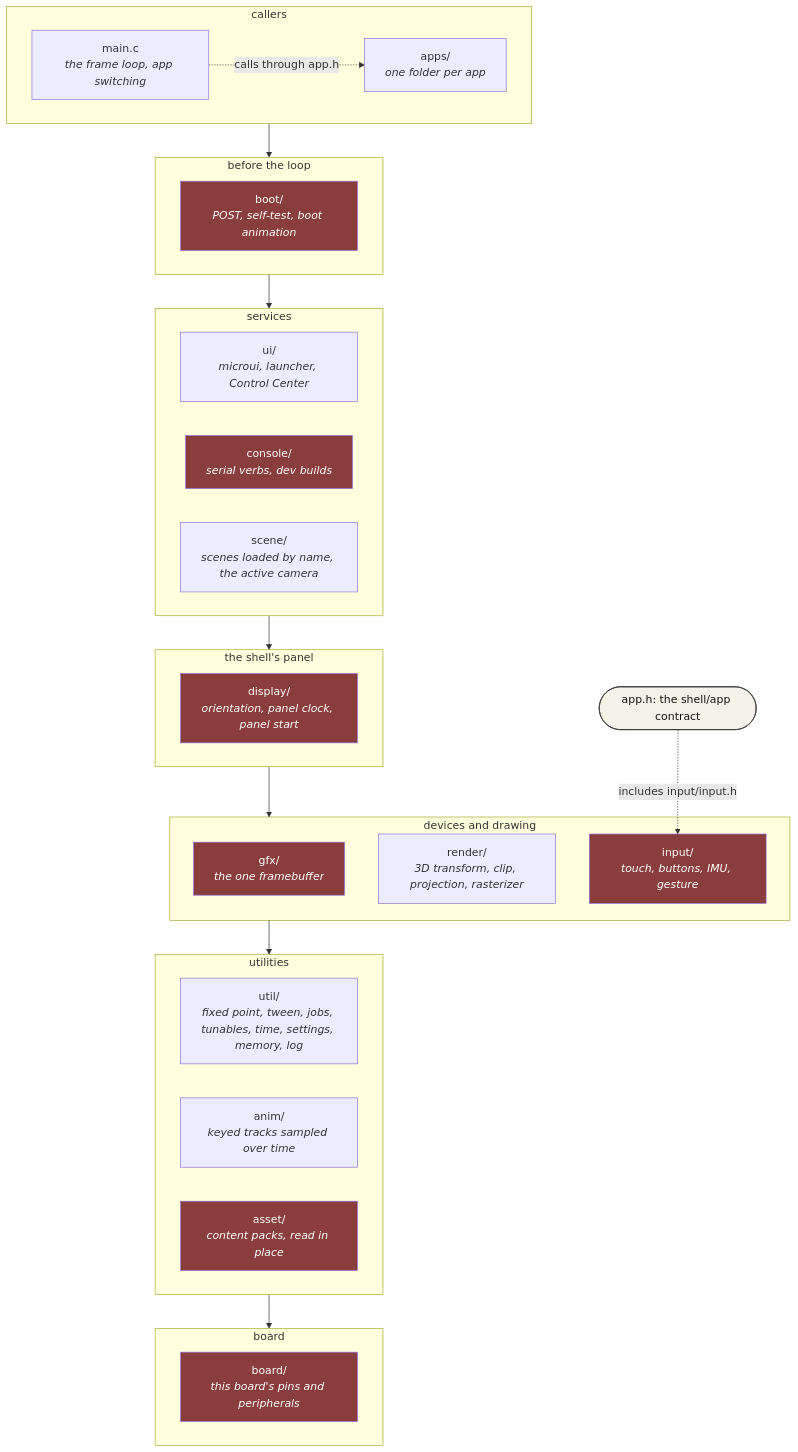
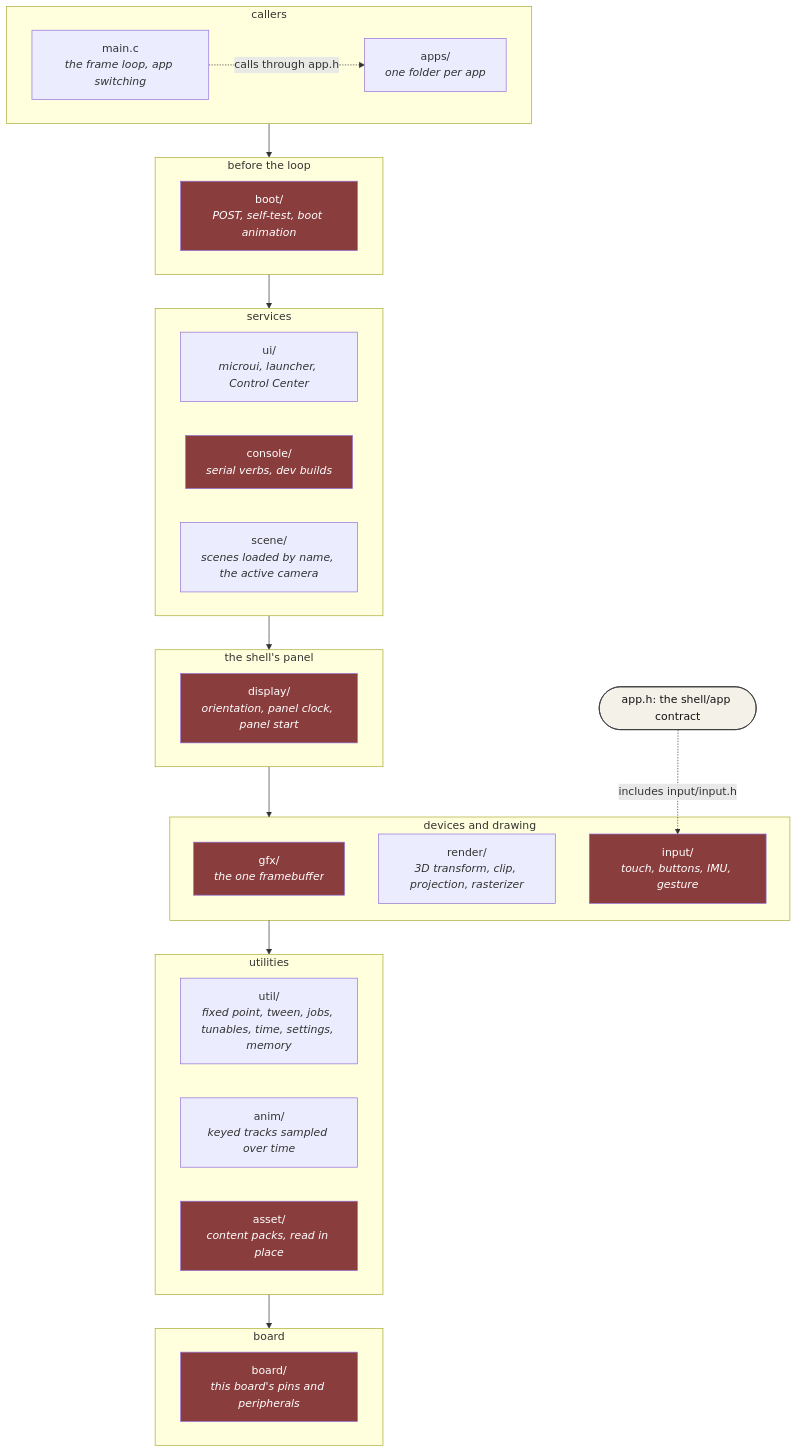
Before and after one commit to jose-villegas/autana: the first of 4 diagrams in docs/Firmware-Architecture.md, drawn with Mermaid. The commit also changed other lines of this file and 10 other files, not shown here.

````diff
--- a/docs/Firmware-Architecture.md
+++ b/docs/Firmware-Architecture.md
@@ -46,39 +46,39 @@
 ```mermaid
 flowchart TB
     classDef hw fill:#8a3d3d,color:#fff
     classDef contract fill:#f4f1e8,stroke:#333,stroke-width:1px,color:#111
 
     subgraph R1["callers"]
         Apps["apps/<br/><i>one folder per app</i>"]
         Main["main.c<br/><i>the frame loop, app switching</i>"]
     end
     subgraph R3["before the loop"]
         Boot["boot/<br/><i>POST, self-test, boot animation</i>"]:::hw
     end
     subgraph R4["services"]
         Ui["ui/<br/><i>microui, launcher, Control Center</i>"]
         Console["console/<br/><i>serial verbs, dev builds</i>"]:::hw
         Scene["scene/<br/><i>scenes loaded by name, the active camera</i>"]
     end
     subgraph R5["the shell's panel"]
         Display["display/<br/><i>orientation, panel clock, panel start</i>"]:::hw
     end
     subgraph R6["devices and drawing"]
         Gfx["gfx/<br/><i>the one framebuffer</i>"]:::hw
         Render["render/<br/><i>3D transform, clip, projection, rasterizer</i>"]
         Input["input/<br/><i>touch, buttons, IMU, gesture</i>"]:::hw
     end
     subgraph R7["utilities"]
-        Util["util/<br/><i>fixed point, tween, jobs, tunables, time, settings, memory, log</i>"]
+        Util["util/<br/><i>fixed point, tween, jobs, tunables, time, settings, memory</i>"]
         Anim["anim/<br/><i>keyed tracks sampled over time</i>"]
         Asset["asset/<br/><i>content packs, read in place</i>"]:::hw
     end
     subgraph R8["board"]
         Board["board/<br/><i>this board's pins and peripherals</i>"]:::hw
     end
 
     R1 --> R3 --> R4 --> R5 --> R6 --> R7 --> R8
     Contract(["app.h: the shell/app contract"]):::contract
     Main -.->|"calls through app.h"| Apps
     Contract -.->|"includes input/input.h"| Input
 ```
````
